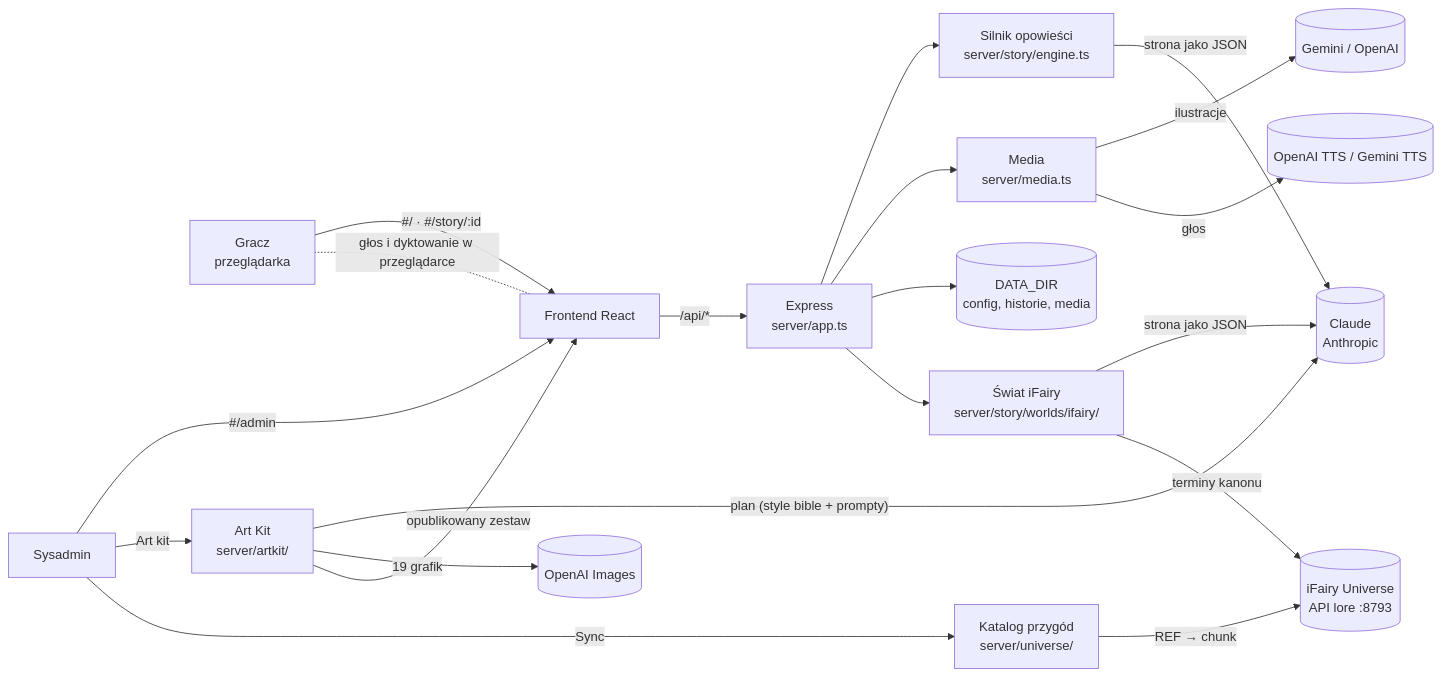
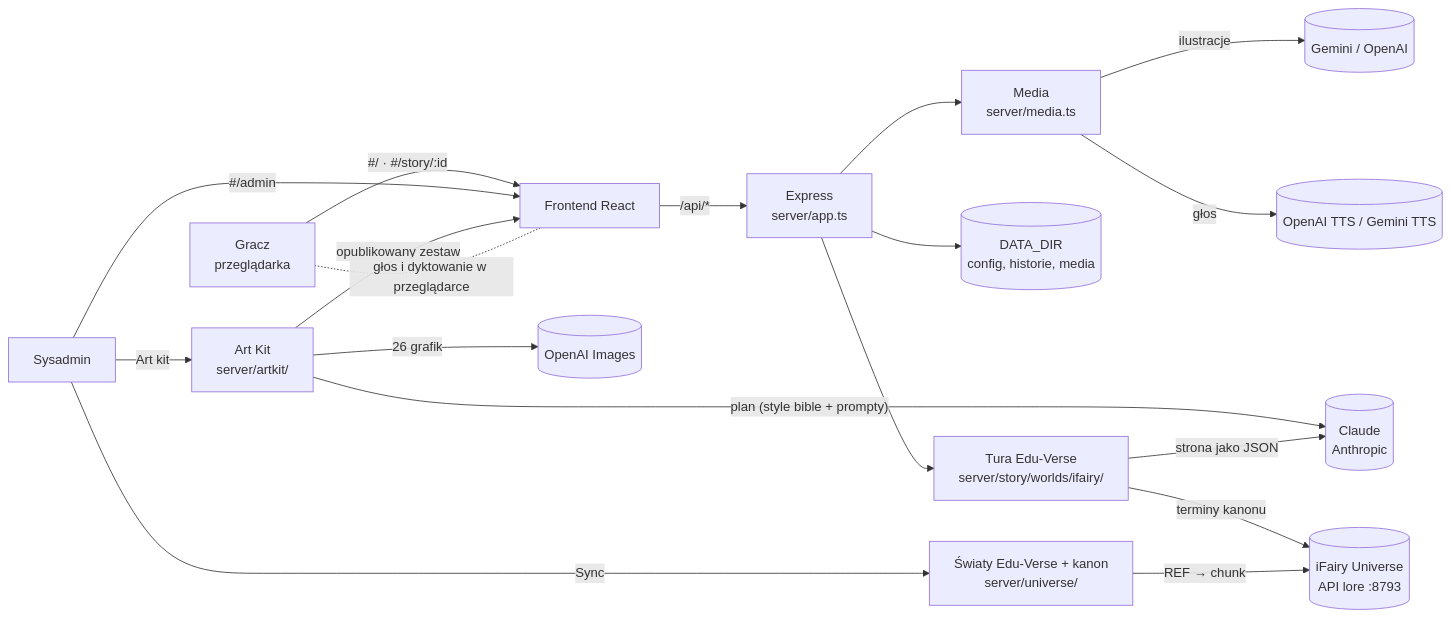
One commit to reception-ifairy/book changed the first of 5 diagrams in docs/ARCHITEKTURA.md. Above: the diagram before and after it, drawn with Mermaid. The commit also changed other lines of this file and 56 other files, not shown here.

First line of the commit message:
Focus the game on the iFairy Quantum Edu-Verse (v6.0.0)

````diff
--- a/docs/ARCHITEKTURA.md
+++ b/docs/ARCHITEKTURA.md
@@ -11,22 +11,20 @@
 ```mermaid
 flowchart LR
   P[Gracz<br/>przeglądarka] -- "#/ · #/story/:id" --> FE[Frontend React]
   S[Sysadmin] -- "#/admin" --> FE
   FE -- "/api/*" --> API[Express<br/>server/app.ts]
-  API --> ENG[Silnik opowieści<br/>server/story/engine.ts]
-  ENG -- "strona jako JSON" --> CL[(Claude<br/>Anthropic)]
   API --> MED[Media<br/>server/media.ts]
   MED -- ilustracje --> GI[(Gemini / OpenAI)]
   MED -- głos --> TT[(OpenAI TTS / Gemini TTS)]
   S -- "Art kit" --> AK[Art Kit<br/>server/artkit/]
   AK -- "plan (style bible + prompty)" --> CL
-  AK -- "19 grafik" --> OI[(OpenAI Images)]
+  AK -- "26 grafik" --> OI[(OpenAI Images)]
   AK -- "opublikowany zestaw" --> FE
   API --> FS[(DATA_DIR<br/>config, historie, media)]
-  API --> IF[Świat iFairy<br/>server/story/worlds/ifairy/]
-  IF -- "strona jako JSON" --> CL
+  API --> IF[Tura Edu-Verse<br/>server/story/worlds/ifairy/]
+  IF -- "strona jako JSON" --> CL[(Claude<br/>Anthropic)]
   IF -- "terminy kanonu" --> UV[(iFairy Universe<br/>API lore :8793)]
-  S -- "Sync" --> UC[Katalog przygód<br/>server/universe/]
+  S -- "Sync" --> UC[Światy Edu-Verse + kanon<br/>server/universe/]
   UC -- "REF → chunk" --> UV
   FE -. "głos i dyktowanie w przeglądarce" .- P
 ```
````
